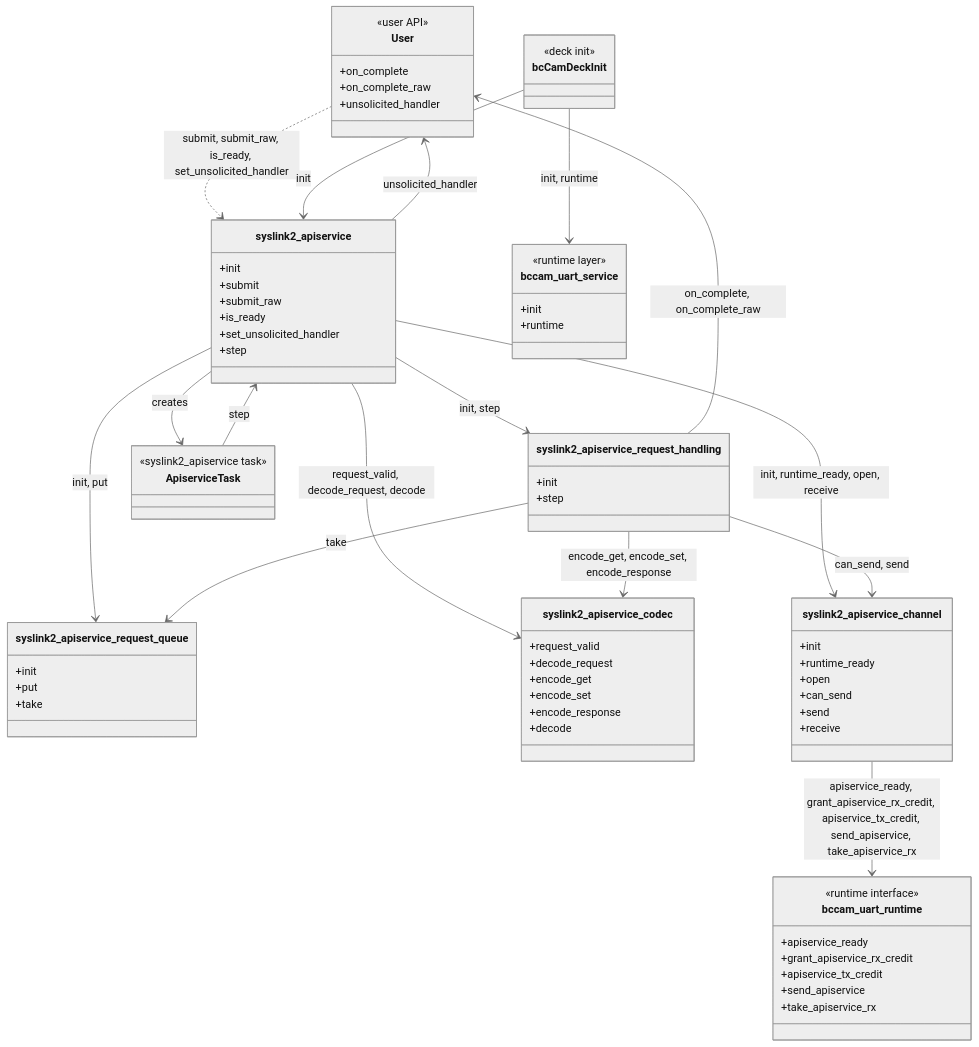
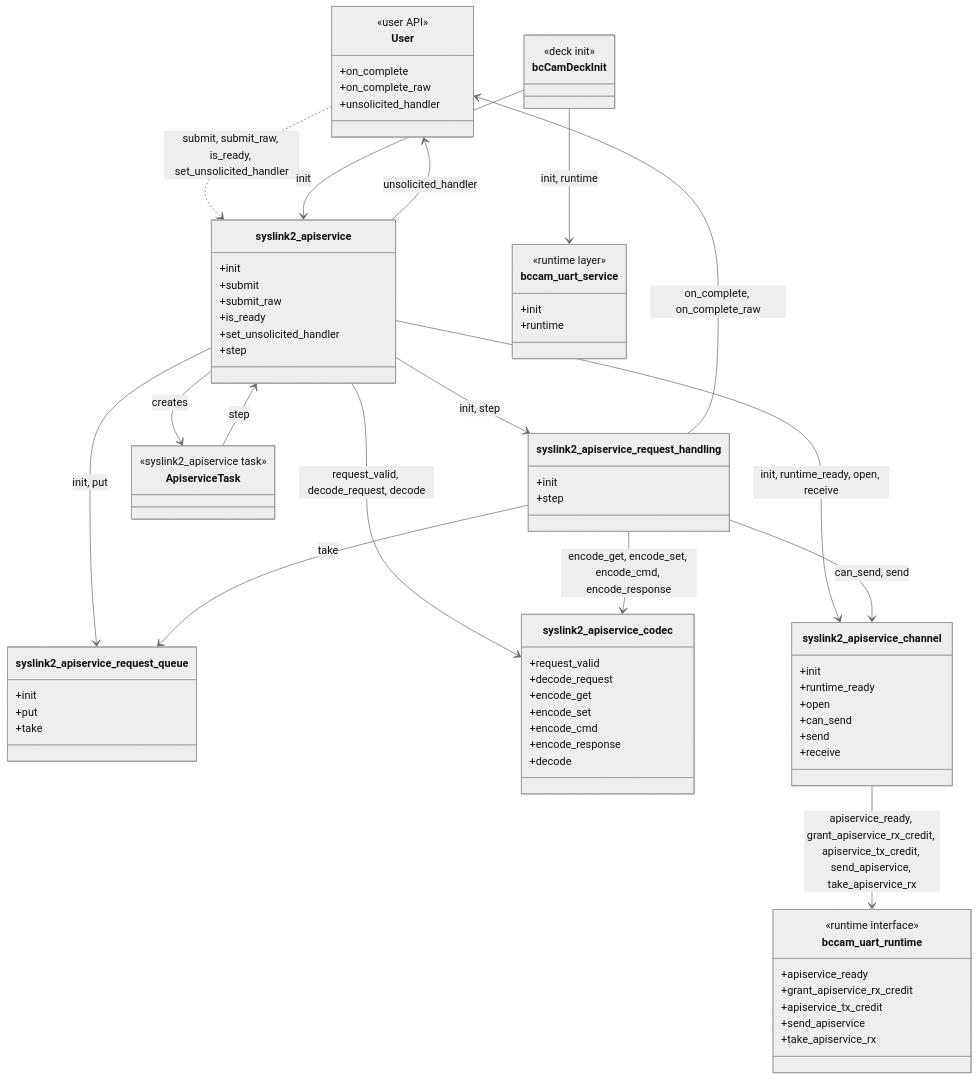
The first of 10 diagrams in docs/functional-areas/camera-deck-apiservice.md (bitcraze/crazyflie-firmware), drawn with Mermaid (neutral theme) before and after one commit. The commit also changed other lines of this file, not shown here.

Commit message:
Added CMD to design

```diff
--- a/docs/functional-areas/camera-deck-apiservice.md
+++ b/docs/functional-areas/camera-deck-apiservice.md
@@ -211,6 +216,7 @@
         +decode_request
         +encode_get
         +encode_set
+        +encode_cmd
         +encode_response
         +decode
     }
@@ -258,7 +264,7 @@
     syslink2_apiservice --> syslink2_apiservice_codec : request_valid, decode_request, decode
     syslink2_apiservice --> syslink2_apiservice_request_handling : init, step
     syslink2_apiservice_request_handling --> syslink2_apiservice_request_queue : take
-    syslink2_apiservice_request_handling --> syslink2_apiservice_codec : encode_get, encode_set, encode_response
+    syslink2_apiservice_request_handling --> syslink2_apiservice_codec : encode_get, encode_set, encode_cmd, encode_response
     syslink2_apiservice_request_handling --> syslink2_apiservice_channel : can_send, send
     syslink2_apiservice_request_handling --> User : on_complete, on_complete_raw
     syslink2_apiservice_channel --> bccam_uart_runtime : apiservice_ready, grant_apiservice_rx_credit, apiservice_tx_credit, send_apiservice, take_apiservice_rx
```
